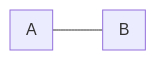
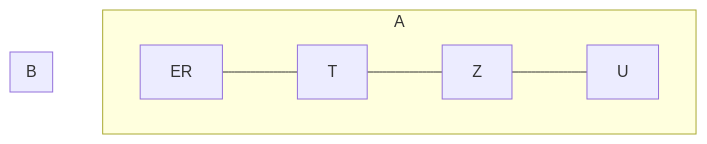
One commit to Tiggax/Zapiski changed the fourth of 4 diagrams in 2. Letnik/Osnove podatkovnih baz/3. Domača Naloga.md. Above: the diagram before and after it, drawn with Mermaid.

Commit message:
flyingarchie backup: 2022-01-09 21:50:11

````diff
--- a/2. Letnik/Osnove podatkovnih baz/3. Domača Naloga.md
+++ b/2. Letnik/Osnove podatkovnih baz/3. Domača Naloga.md
@@ -203,8 +203,8 @@
 ```mermaid
-graph LR
+graph TD
 subgraph A
+ER---T---Z---U
 end
 subgraph B
 end
-A---B
 ```
````
